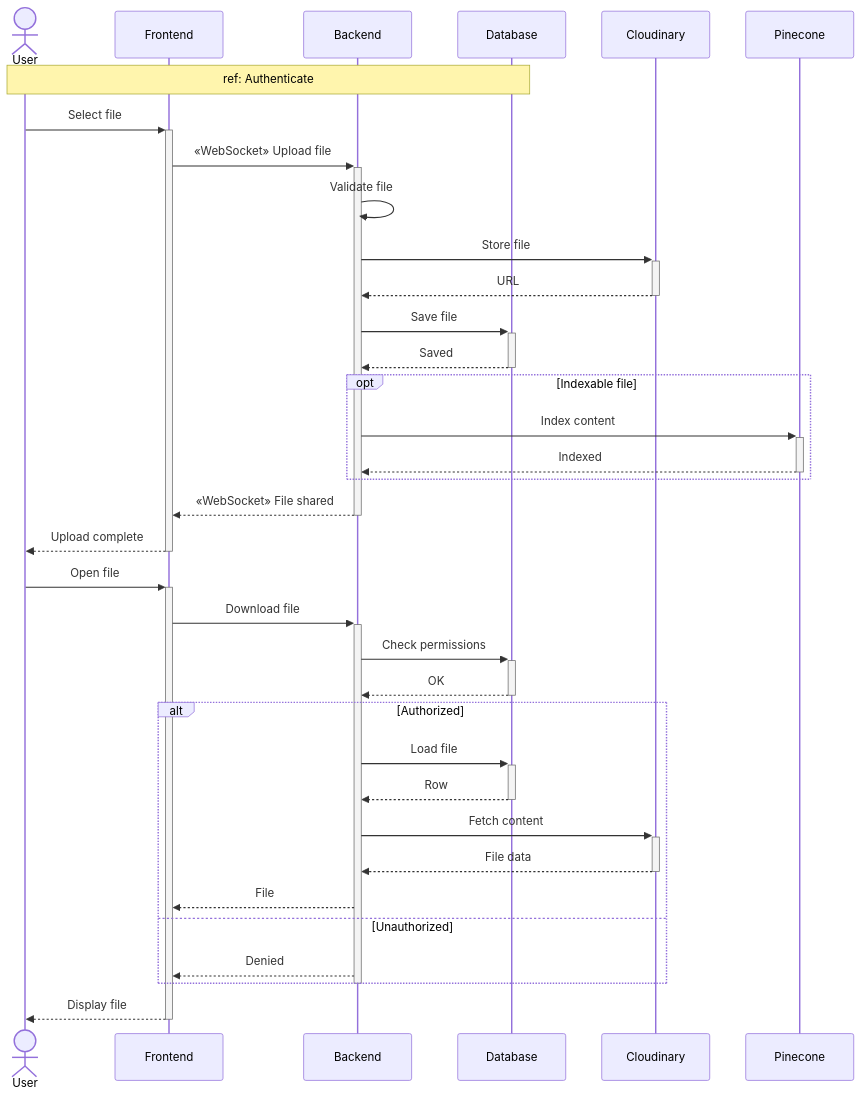
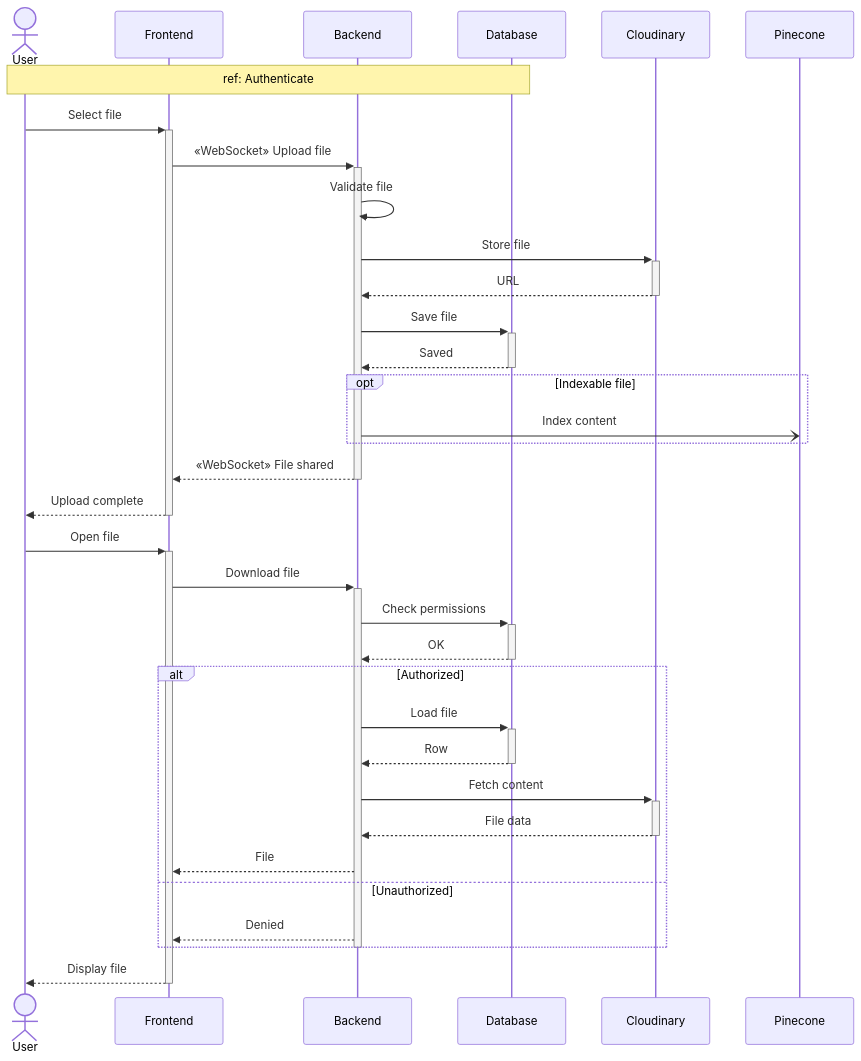
One commit to MohamedChebbi123/teamnest changed the tenth of 16 diagrams in docs/SEQUENCE_DIAGRAMS.md. Above: the diagram before and after it, drawn with Mermaid. The commit also changed other lines of this file, not shown here.

````diff
--- a/docs/SEQUENCE_DIAGRAMS.md
+++ b/docs/SEQUENCE_DIAGRAMS.md
@@ -391,41 +393,40 @@
 ```mermaid
 sequenceDiagram
     actor User
     participant FE as Frontend
     participant API as Backend
     participant DB as Database
     participant Cloud as Cloudinary
     participant Vec as Pinecone
 
     Note over User,DB: ref: Authenticate
 
     User->>+FE: Select file
     FE->>+API: «WebSocket» Upload file
     API->>API: Validate file
     API->>+Cloud: Store file
     Cloud-->>-API: URL
     API->>+DB: Save file
     DB-->>-API: Saved
     opt Indexable file
-        API->>+Vec: Index content
-        Vec-->>-API: Indexed
+        API-)Vec: Index content
     end
     API-->>-FE: «WebSocket» File shared
     FE-->>-User: Upload complete
 
     User->>+FE: Open file
     FE->>+API: Download file
     API->>+DB: Check permissions
     DB-->>-API: OK
     alt Authorized
         API->>+DB: Load file
         DB-->>-API: Row
         API->>+Cloud: Fetch content
         Cloud-->>-API: File data
         API-->>FE: File
     else Unauthorized
         API-->>FE: Denied
     end
     deactivate API
     FE-->>-User: Display file
 ```
````
